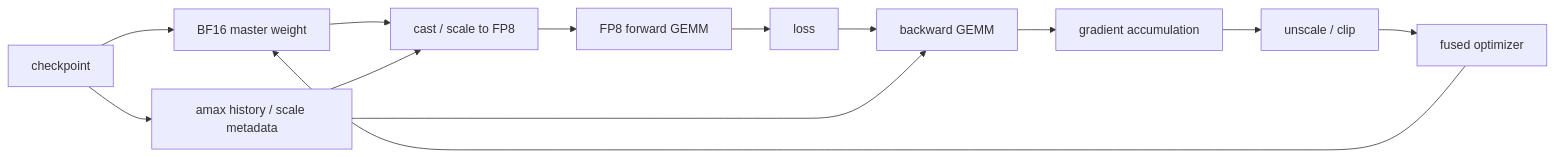
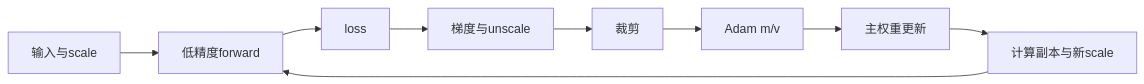
The diagram in files/operators/fp8-training-and-optimizer-kernels.md (Charles2530/Charles-AI-notes), drawn with Mermaid before and after one commit. The commit also changed other lines of this file and 954 other files, not shown here.

````diff
--- a/files/operators/fp8-training-and-optimizer-kernels.md
+++ b/files/operators/fp8-training-and-optimizer-kernels.md
@@ -33,15 +18,5 @@
 ```mermaid
 flowchart LR
-    A["BF16 master weight"] --> B["cast / scale to FP8"]
-    B --> C["FP8 forward GEMM"]
-    C --> D["loss"]
-    D --> E["backward GEMM"]
-    E --> F["gradient accumulation"]
-    F --> G["unscale / clip"]
-    G --> H["fused optimizer"]
-    H --> A
-    I["amax history / scale metadata"] --> B
-    I --> E
-    J["checkpoint"] --> A
-    J --> I
+  X["输入与scale"] --> F["低精度forward"] --> L["loss"] --> G["梯度与unscale"] --> C["裁剪"] --> M["Adam m/v"] --> W["主权重更新"] --> Q["计算副本与新scale"]
+  Q --> F
 ```
````
